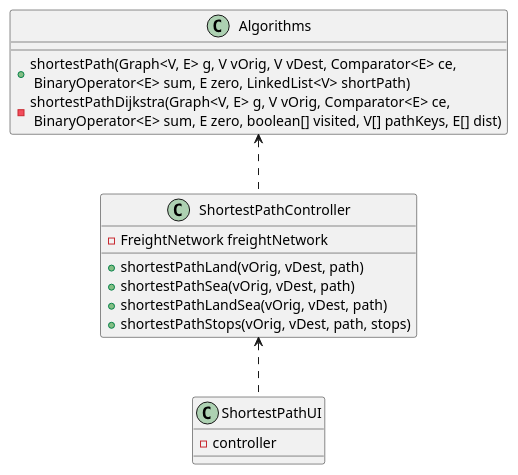
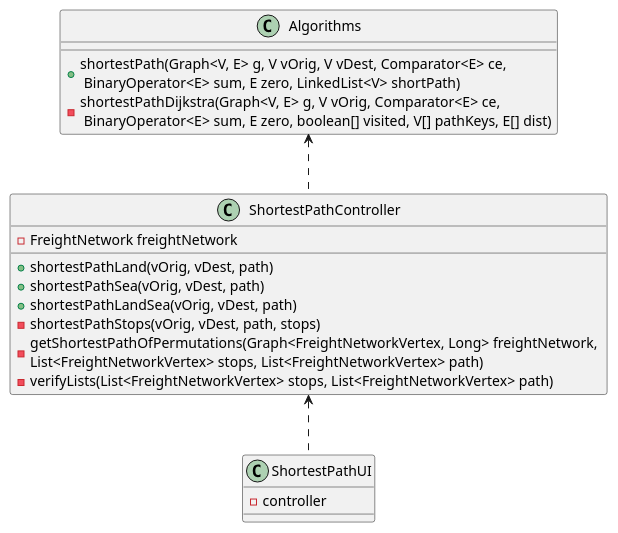
One commit to 1190772/LAB-Project-3 changed the diagram in docs/Sprint 4/US/US402/US402_CD.puml. Above: the diagram before and after it, drawn with PlantUML. The commit also changed 5 other files, not shown here.

```diff
--- a/docs/Sprint 4/US/US402/US402_CD.puml
+++ b/docs/Sprint 4/US/US402/US402_CD.puml
@@ -1,24 +1,26 @@
 @startuml
 'https://plantuml.com/class-diagram
 
 class ShortestPathUI {
 - controller
 }
 
 class ShortestPathController {
 - FreightNetwork freightNetwork
 + shortestPathLand(vOrig, vDest, path)
 + shortestPathSea(vOrig, vDest, path)
 + shortestPathLandSea(vOrig, vDest, path)
-+ shortestPathStops(vOrig, vDest, path, stops)
+- shortestPathStops(vOrig, vDest, path, stops)
+- getShortestPathOfPermutations(Graph<FreightNetworkVertex, Long> freightNetwork, \nList<FreightNetworkVertex> stops, List<FreightNetworkVertex> path)
+- verifyLists(List<FreightNetworkVertex> stops, List<FreightNetworkVertex> path)
 }
 
 class Algorithms {
 + shortestPath(Graph<V, E> g, V vOrig, V vDest, Comparator<E> ce,\n BinaryOperator<E> sum, E zero, LinkedList<V> shortPath)
 - shortestPathDijkstra(Graph<V, E> g, V vOrig, Comparator<E> ce,\n BinaryOperator<E> sum, E zero, boolean[] visited, V[] pathKeys, E[] dist)
 }
 
 ShortestPathController <.. ShortestPathUI
 Algorithms <.. ShortestPathController
 
 @enduml
```
